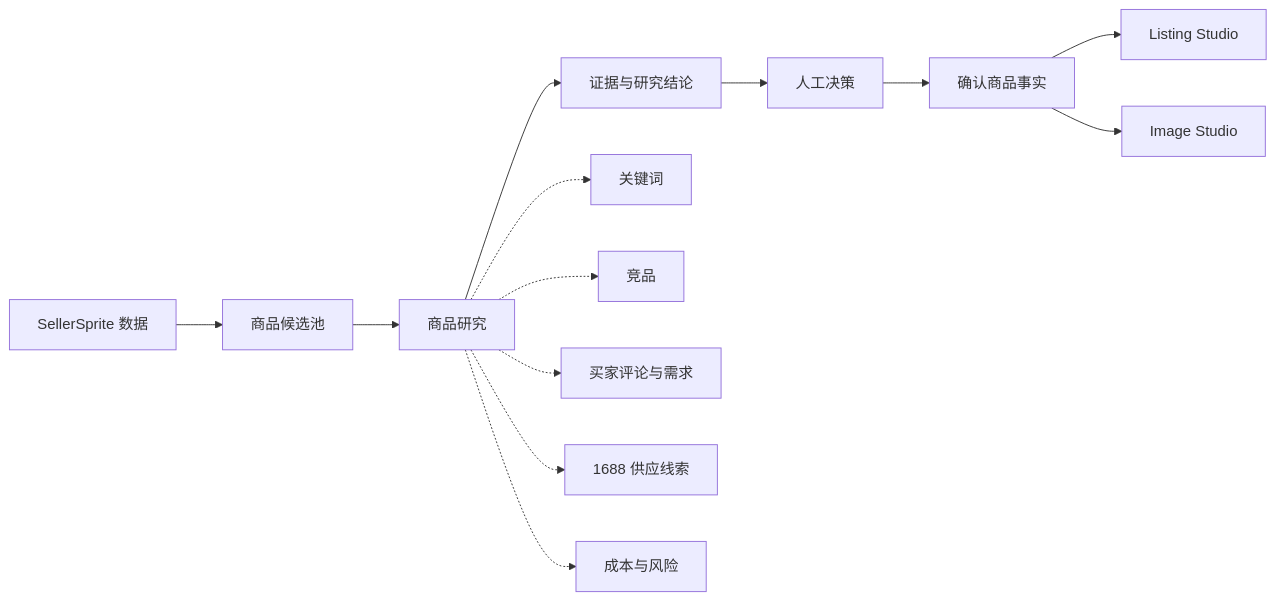
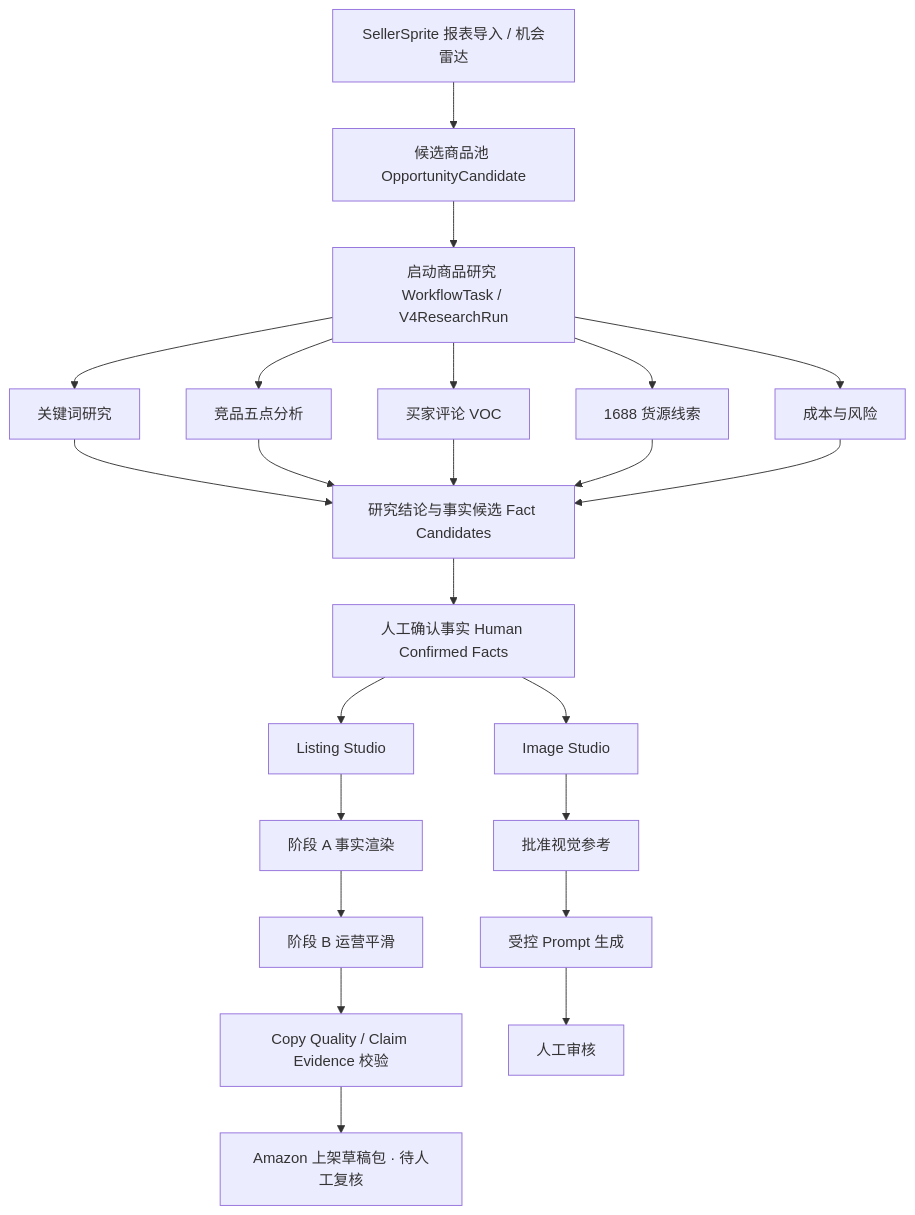
Before and after one commit to a2578348864a-sys/ecommerce-product-ai-optimizer: the diagram in README.md, drawn with Mermaid. The commit also changed other lines of this file and 2 other files, not shown here.

````diff
--- a/README.md
+++ b/README.md
@@ -11,16 +41,30 @@
 ```mermaid
-flowchart LR
-    A[SellerSprite 数据] --> B[商品候选池]
-    B --> C[商品研究]
-    C --> D[证据与研究结论]
-    D --> E[人工决策]
-    E --> F[确认商品事实]
+flowchart TD
+    A[SellerSprite 报表导入 / 机会雷达] --> B[候选商品池 OpportunityCandidate]
+    B --> C[启动商品研究 WorkflowTask / V4ResearchRun]
+
+    C --> D1[关键词研究]
+    C --> D2[竞品五点分析]
+    C --> D3[买家评论 VOC]
+    C --> D4[1688 货源线索]
+    C --> D5[成本与风险]
+
+    D1 --> E[研究结论与事实候选 Fact Candidates]
+    D2 --> E
+    D3 --> E
+    D4 --> E
+    D5 --> E
+
+    E --> F[人工确认事实 Human Confirmed Facts]
     F --> G[Listing Studio]
     F --> H[Image Studio]
 
-    C -.-> C1[关键词]
-    C -.-> C2[竞品]
-    C -.-> C3[买家评论与需求]
-    C -.-> C4[1688 供应线索]
-    C -.-> C5[成本与风险]
+    G --> I[阶段 A 事实渲染]
+    I --> J[阶段 B 运营平滑]
+    J --> K[Copy Quality / Claim Evidence 校验]
+    K --> L[Amazon 上架草稿包 · 待人工复核]
+
+    H --> M[批准视觉参考]
+    M --> N[受控 Prompt 生成]
+    N --> O[人工审核]
 ```
````
